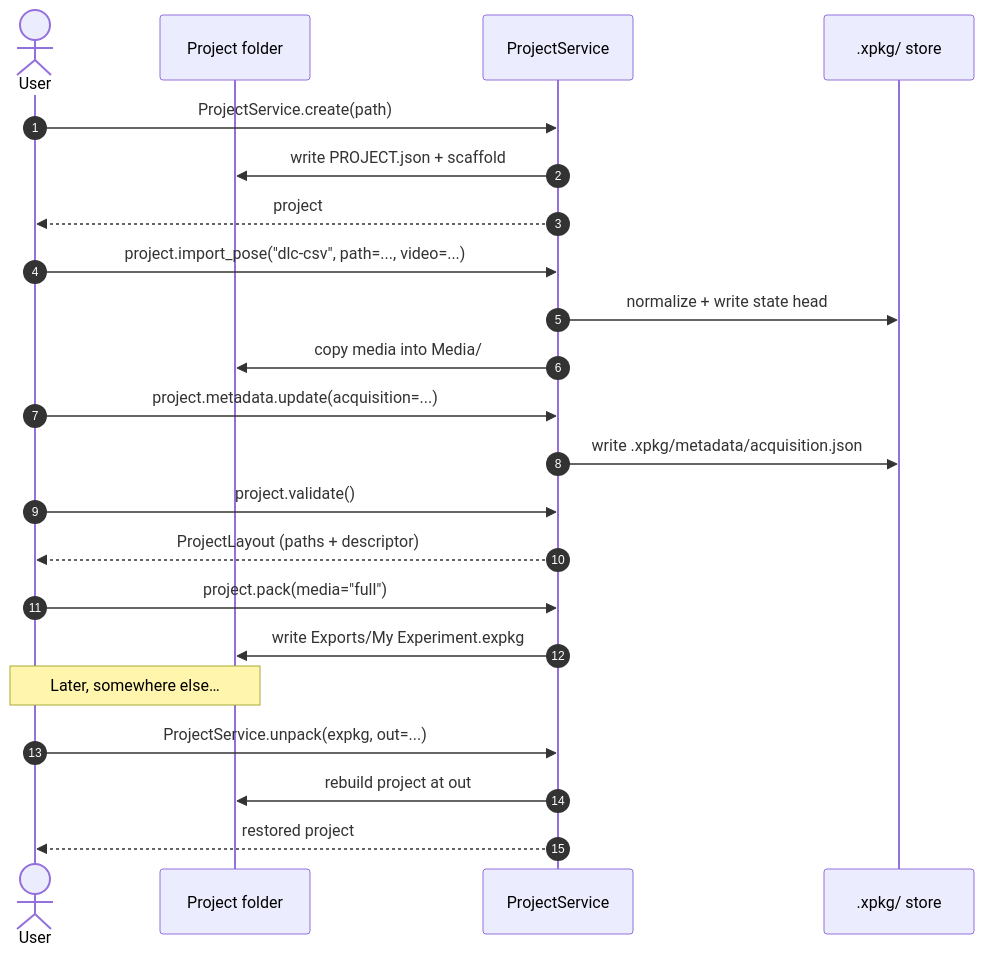
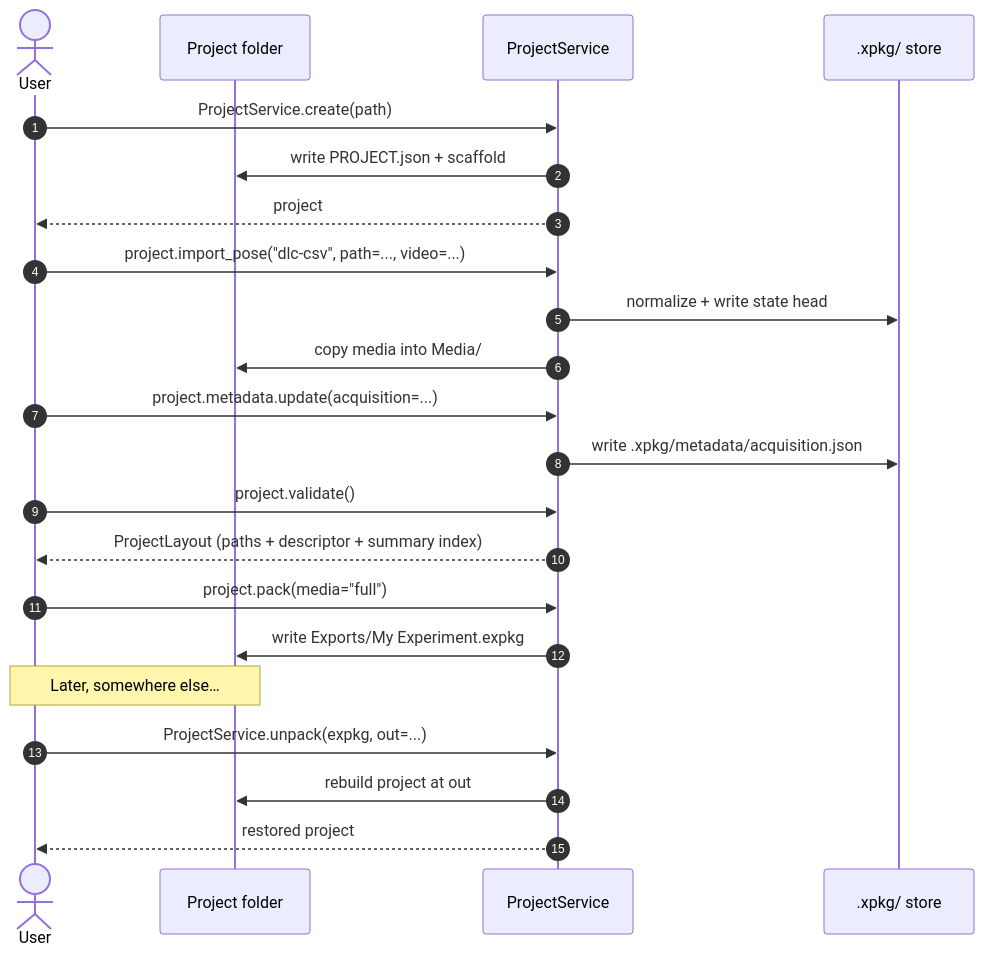
Before and after one commit to Alfredo-Sandoval/exp-pkg: the second of 2 diagrams in docs/index.md, drawn with Mermaid. The commit also changed 18 other files, not shown here.

First line of the commit message:
feat: add generated project summary index

````diff
--- a/docs/index.md
+++ b/docs/index.md
@@ -143,30 +143,30 @@
 ```mermaid
 sequenceDiagram
     autonumber
     actor User
     participant FS as Project folder
     participant Svc as ProjectService
     participant Store as .xpkg/ store
 
     User->>Svc: ProjectService.create(path)
     Svc->>FS: write PROJECT.json + scaffold
     Svc-->>User: project
 
     User->>Svc: project.import_pose("dlc-csv", path=..., video=...)
     Svc->>Store: normalize + write state head
     Svc->>FS: copy media into Media/
 
     User->>Svc: project.metadata.update(acquisition=...)
     Svc->>Store: write .xpkg/metadata/acquisition.json
 
     User->>Svc: project.validate()
-    Svc-->>User: ProjectLayout (paths + descriptor)
+    Svc-->>User: ProjectLayout (paths + descriptor + summary index)
 
     User->>Svc: project.pack(media="full")
     Svc->>FS: write Exports/My Experiment.expkg
 
     Note over User,FS: Later, somewhere else…
     User->>Svc: ProjectService.unpack(expkg, out=...)
     Svc->>FS: rebuild project at out
     Svc-->>User: restored project
 ```
````
